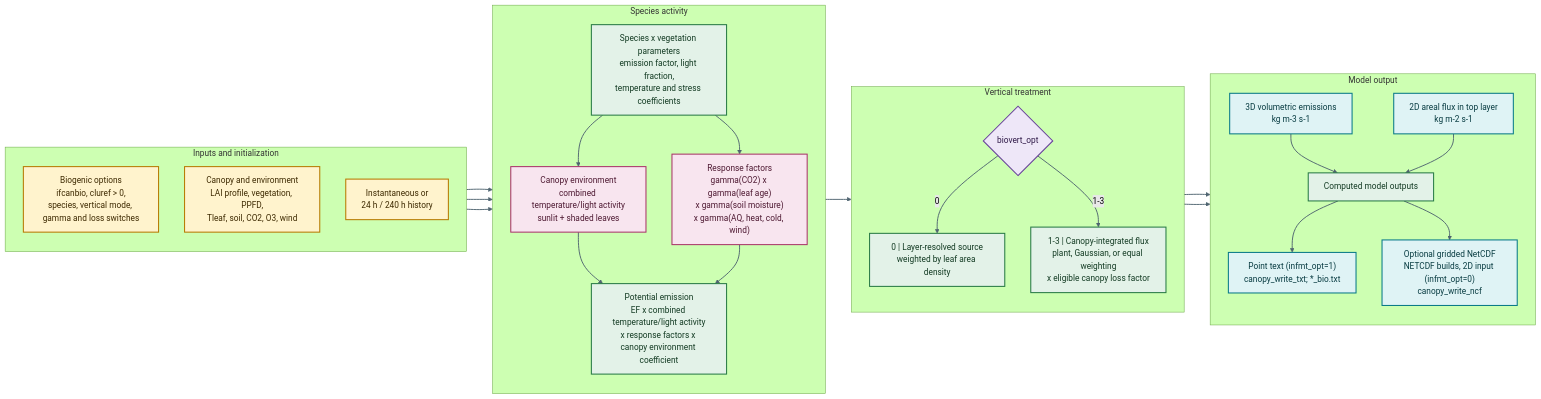
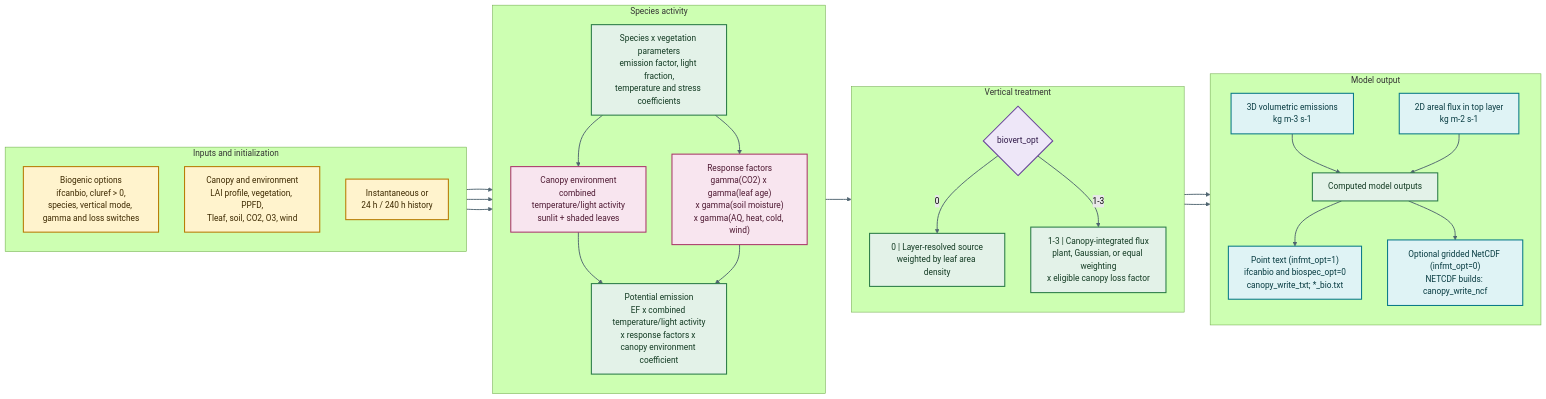
The diagram in docs/development/biogenic_emissions_flowchart_simplified.mmd (noaa-oar-arl/canopy-app), drawn with Mermaid (forest theme) before and after one commit. The commit also changed 2 other files, not shown here.

Commit message:
Updated both biogenic emissions flowcharts.

```diff
--- a/docs/development/biogenic_emissions_flowchart_simplified.mmd
+++ b/docs/development/biogenic_emissions_flowchart_simplified.mmd
@@ -1,54 +1,54 @@
 flowchart LR
     classDef input fill:#FFF3CD,stroke:#B77900,color:#3D2900,stroke-width:2px
     classDef model fill:#E3F2E8,stroke:#287A45,color:#123A22,stroke-width:2px
     classDef factor fill:#F8E5EF,stroke:#A93669,color:#4D1831,stroke-width:2px
     classDef decision fill:#EEE7F8,stroke:#68429A,color:#2F1948,stroke-width:2px
     classDef output fill:#DFF3F5,stroke:#087987,color:#073B41,stroke-width:2px
 
     subgraph A["Inputs and initialization"]
         direction TB
         CFG["Biogenic options<br/>ifcanbio, cluref > 0,<br/>species, vertical mode, gamma and loss switches"]:::input
         STATE["Canopy and environment<br/>LAI profile, vegetation, PPFD,<br/>Tleaf, soil, CO2, O3, wind"]:::input
         HIST["Instantaneous or<br/>24 h / 240 h history"]:::input
     end
 
     subgraph B["Species activity"]
         direction TB
         PARM["Species x vegetation parameters<br/>emission factor, light fraction,<br/>temperature and stress coefficients"]:::model
         ENV["Canopy environment<br/>combined temperature/light activity<br/>sunlit + shaded leaves"]:::factor
         MOD["Response factors<br/>gamma(CO2) x gamma(leaf age)<br/>x gamma(soil moisture)<br/>x gamma(AQ, heat, cold, wind)"]:::factor
         EMIS["Potential emission<br/>EF x combined temperature/light activity<br/>x response factors x canopy environment coefficient"]:::model
     end
 
     subgraph C["Vertical treatment"]
         direction TB
         VERT{"biovert_opt"}:::decision
         PROFILE["0 | Layer-resolved source<br/>weighted by leaf area density"]:::model
         INTEGRATE["1-3 | Canopy-integrated flux<br/>plant, Gaussian, or equal weighting<br/>x eligible canopy loss factor"]:::model
     end
 
     subgraph D["Model output"]
         direction TB
         VOL["3D volumetric emissions<br/>kg m-3 s-1"]:::output
         AREA["2D areal flux in top layer<br/>kg m-2 s-1"]:::output
         OUT["Computed model outputs"]:::model
-        WRITE["Point text (infmt_opt=1)<br/>canopy_write_txt; *_bio.txt"]:::output
-        NCF["Optional gridded NetCDF<br/>NETCDF builds, 2D input (infmt_opt=0)<br/>canopy_write_ncf"]:::output
+        WRITE["Point text (infmt_opt=1)<br/>ifcanbio and biospec_opt=0<br/>canopy_write_txt; *_bio.txt"]:::output
+        NCF["Optional gridded NetCDF (infmt_opt=0)<br/>NETCDF builds: canopy_write_ncf"]:::output
     end
 
     CFG --> PARM
     STATE --> ENV
     HIST --> ENV
     PARM --> ENV
     PARM --> MOD
     ENV --> EMIS
     MOD --> EMIS
     EMIS --> VERT
     VERT -->|0| PROFILE --> VOL
     VERT -->|1-3| INTEGRATE --> AREA
     VOL --> OUT
     AREA --> OUT
     OUT --> WRITE
     OUT --> NCF
 
     linkStyle default stroke:#4F6470,stroke-width:1.8px
```
